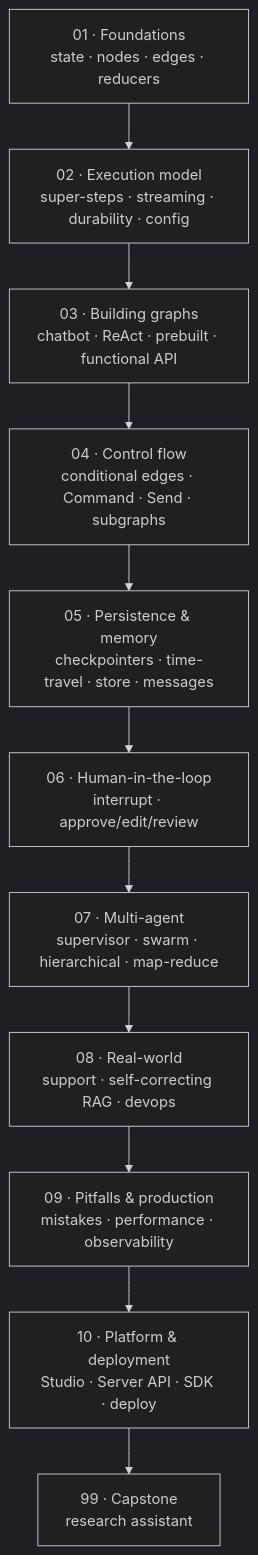
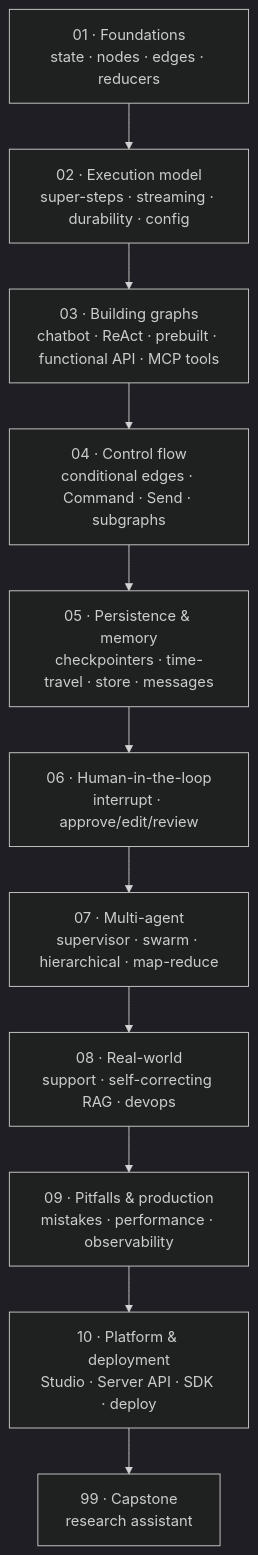
The diagram in langgraph/README.md (RahulHalpati/learning_docs), drawn with Mermaid (dark theme) before and after one commit. The commit also changed other lines of this file and 154 other files, not shown here.

````diff
--- a/langgraph/README.md
+++ b/langgraph/README.md
@@ -49,16 +50,16 @@
 ```mermaid
 flowchart TD
     F[01 · Foundations<br/>state · nodes · edges · reducers]
     E[02 · Execution model<br/>super-steps · streaming · durability · config]
-    B[03 · Building graphs<br/>chatbot · ReAct · prebuilt · functional API]
+    B[03 · Building graphs<br/>chatbot · ReAct · prebuilt · functional API · MCP tools]
     C[04 · Control flow<br/>conditional edges · Command · Send · subgraphs]
     P[05 · Persistence & memory<br/>checkpointers · time-travel · store · messages]
     H[06 · Human-in-the-loop<br/>interrupt · approve/edit/review]
     M[07 · Multi-agent<br/>supervisor · swarm · hierarchical · map-reduce]
     R[08 · Real-world<br/>support · self-correcting RAG · devops]
     Q[09 · Pitfalls & production<br/>mistakes · performance · observability]
     D[10 · Platform & deployment<br/>Studio · Server API · SDK · deploy]
     X[99 · Capstone<br/>research assistant]
 
     F --> E --> B --> C --> P --> H --> M --> R --> Q --> D --> X
 ```
````
